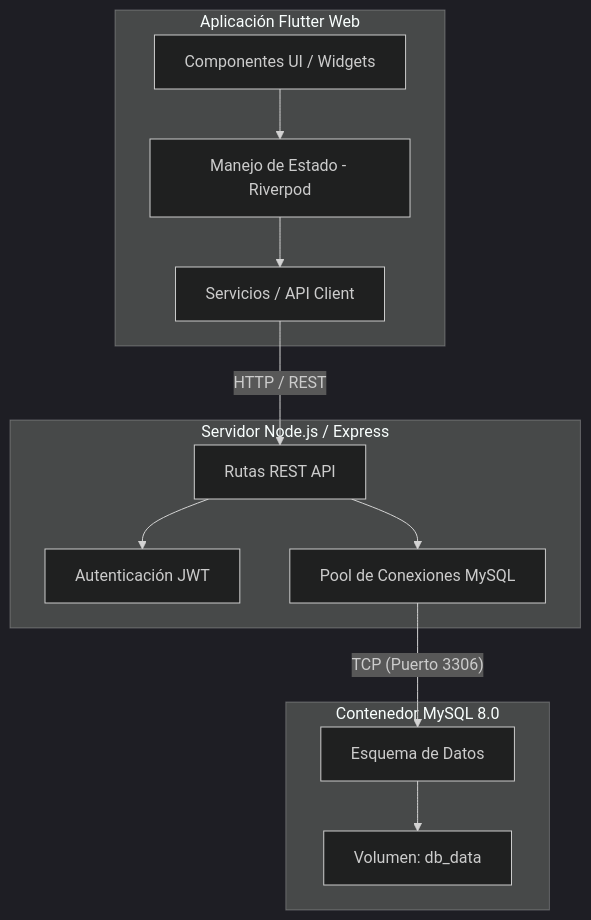
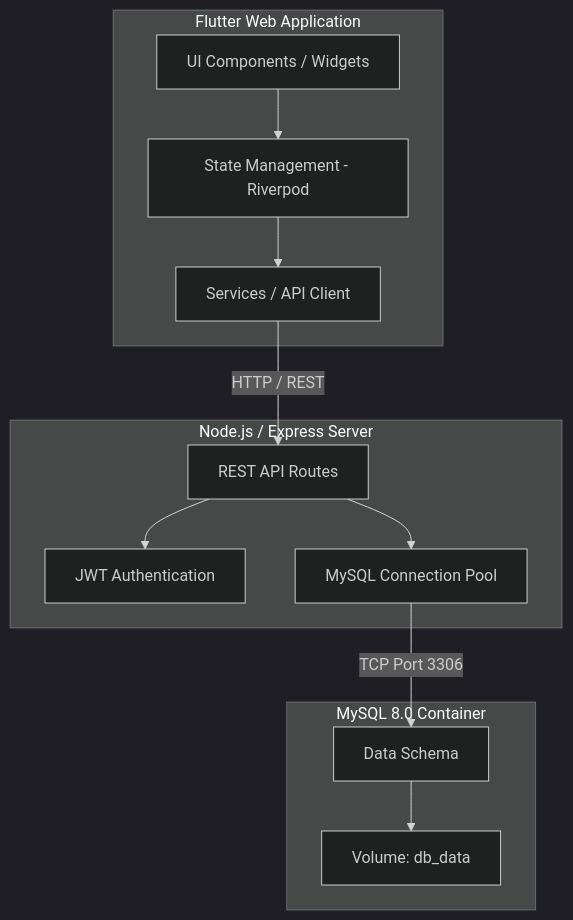
Before and after one commit to AlejandroIngenieria/Sheepy_App: the diagram in README.md, drawn with Mermaid (dark theme). The commit also changed other lines of this file and 13 other files, not shown here.

````diff
--- a/README.md
+++ b/README.md
@@ -13,30 +24,30 @@
 ```mermaid
 graph TD
-    subgraph Frontend [Aplicación Flutter Web]
-        UI[Componentes UI / Widgets]
-        State[Manejo de Estado - Riverpod]
-        Services[Servicios / API Client]
+    subgraph Frontend [Flutter Web Application]
+        UI[UI Components / Widgets]
+        State[State Management - Riverpod]
+        Services[Services / API Client]
         
         UI --> State
         State --> Services
     end
 
-    subgraph Backend [Servidor Node.js / Express]
-        API[Rutas REST API]
-        Auth[Autenticación JWT]
-        DBClient[Pool de Conexiones MySQL]
+    subgraph Backend [Node.js / Express Server]
+        API[REST API Routes]
+        Auth[JWT Authentication]
+        DBClient[MySQL Connection Pool]
         
         API --> Auth
         API --> DBClient
     end
 
-    subgraph Database [Contenedor MySQL 8.0]
-        Schema[Esquema de Datos]
-        Data[Volumen: db_data]
+    subgraph Database [MySQL 8.0 Container]
+        Schema[Data Schema]
+        Data[Volume: db_data]
         
         Schema --> Data
     end
 
     Services -- "HTTP / REST" --> API
-    DBClient -- "TCP (Puerto 3306)" --> Schema
+    DBClient -- "TCP Port 3306" --> Schema
 ```
````
